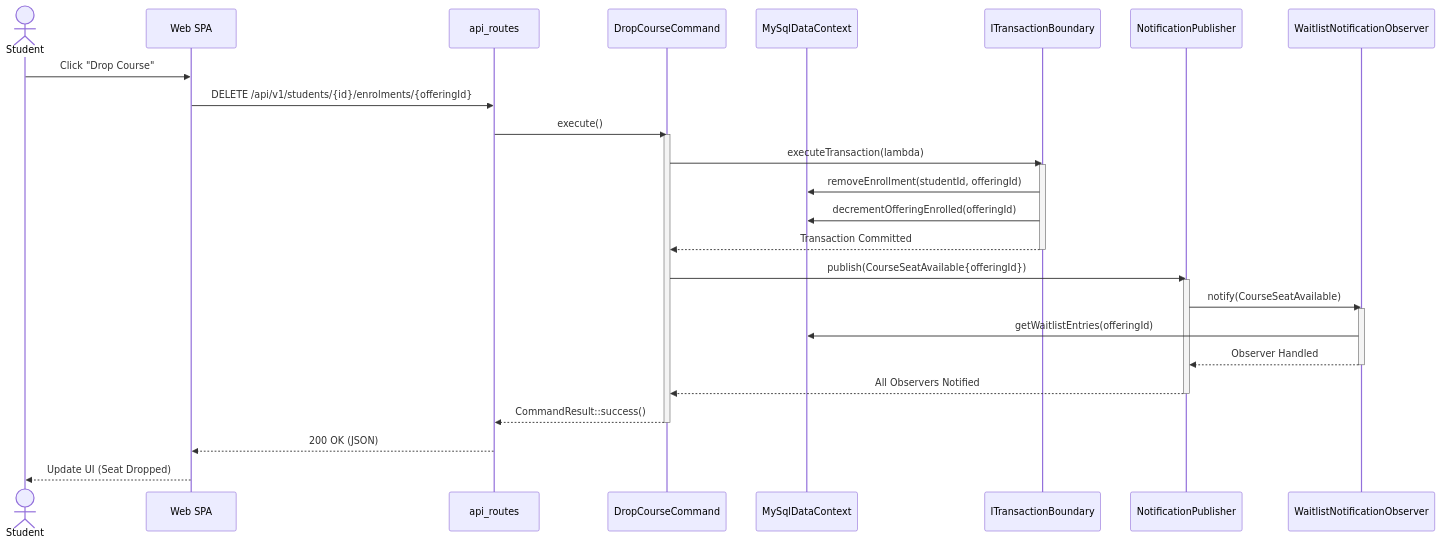
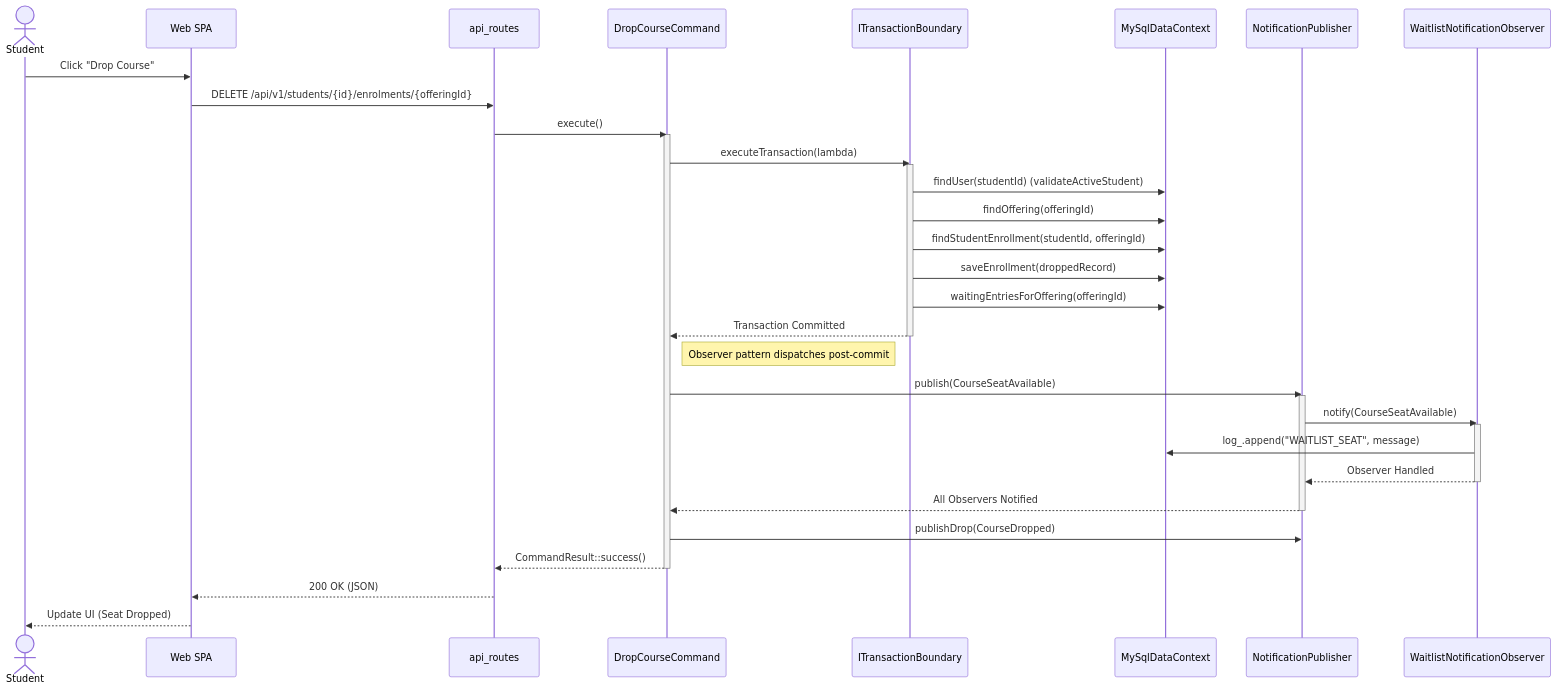
The third of 13 diagrams in docs/uml_sequence_diagram.md (DesanSilva/university-course-enrolment-system), drawn with Mermaid before and after one commit. The commit also changed other lines of this file and 3 other files, not shown here.

Commit message:
updated UML diagrams

````diff
--- a/docs/uml_sequence_diagram.md
+++ b/docs/uml_sequence_diagram.md
@@ -64,35 +74,41 @@
 ```mermaid
 sequenceDiagram
     actor Student
     participant SPA as Web SPA
     participant Router as api_routes
     participant Command as DropCourseCommand
+    participant Tx as ITransactionBoundary
     participant Store as MySqlDataContext
-    participant Tx as ITransactionBoundary
     participant Pub as NotificationPublisher
     participant Obs as WaitlistNotificationObserver
 
     Student->>SPA: Click "Drop Course"
     SPA->>Router: DELETE /api/v1/students/{id}/enrolments/{offeringId}
     Router->>Command: execute()
     activate Command
     Command->>Tx: executeTransaction(lambda)
     activate Tx
-    Tx->>Store: removeEnrollment(studentId, offeringId)
-    Tx->>Store: decrementOfferingEnrolled(offeringId)
+    Tx->>Store: findUser(studentId) (validateActiveStudent)
+    Tx->>Store: findOffering(offeringId)
+    Tx->>Store: findStudentEnrollment(studentId, offeringId)
+    Tx->>Store: saveEnrollment(droppedRecord)
+    Tx->>Store: waitingEntriesForOffering(offeringId)
     Tx-->>Command: Transaction Committed
     deactivate Tx
-    Command->>Pub: publish(CourseSeatAvailable{offeringId})
+    
+    Note right of Command: Observer pattern dispatches post-commit
+    Command->>Pub: publish(CourseSeatAvailable)
     activate Pub
     Pub->>Obs: notify(CourseSeatAvailable)
     activate Obs
-    Obs->>Store: getWaitlistEntries(offeringId)
+    Obs->>Store: log_.append("WAITLIST_SEAT", message)
     Obs-->>Pub: Observer Handled
     deactivate Obs
     Pub-->>Command: All Observers Notified
     deactivate Pub
+    Command->>Pub: publishDrop(CourseDropped)
     Command-->>Router: CommandResult::success()
     deactivate Command
     Router-->>SPA: 200 OK (JSON)
     SPA-->>Student: Update UI (Seat Dropped)
 ```
````
